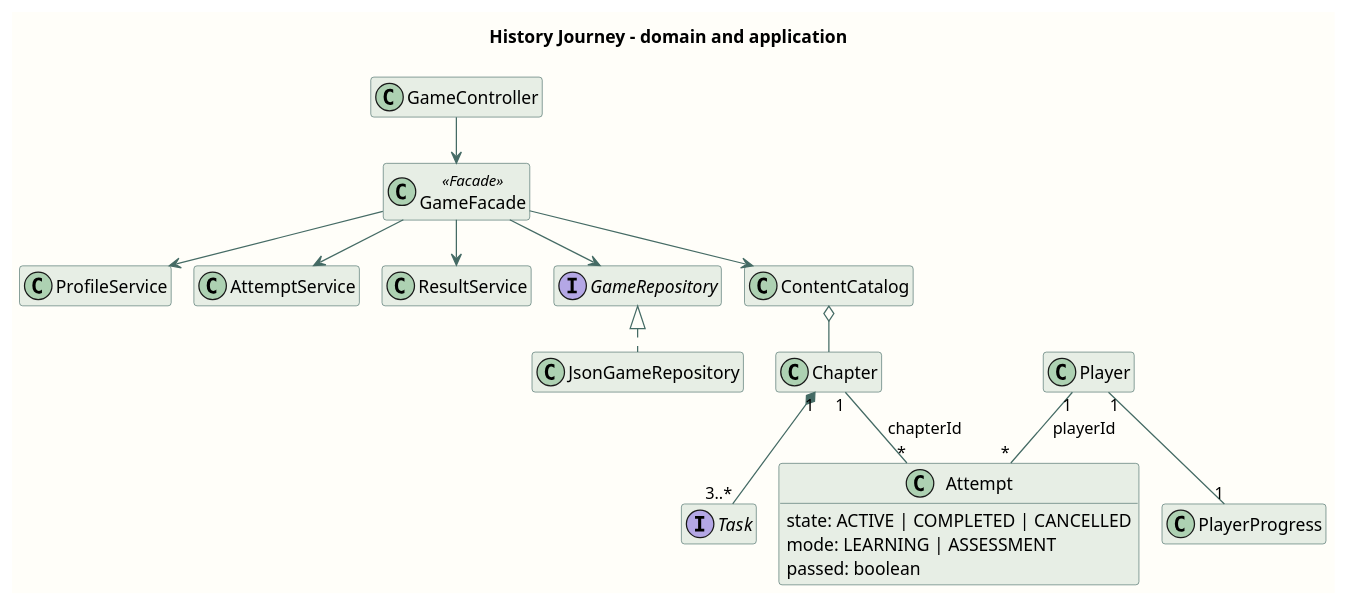
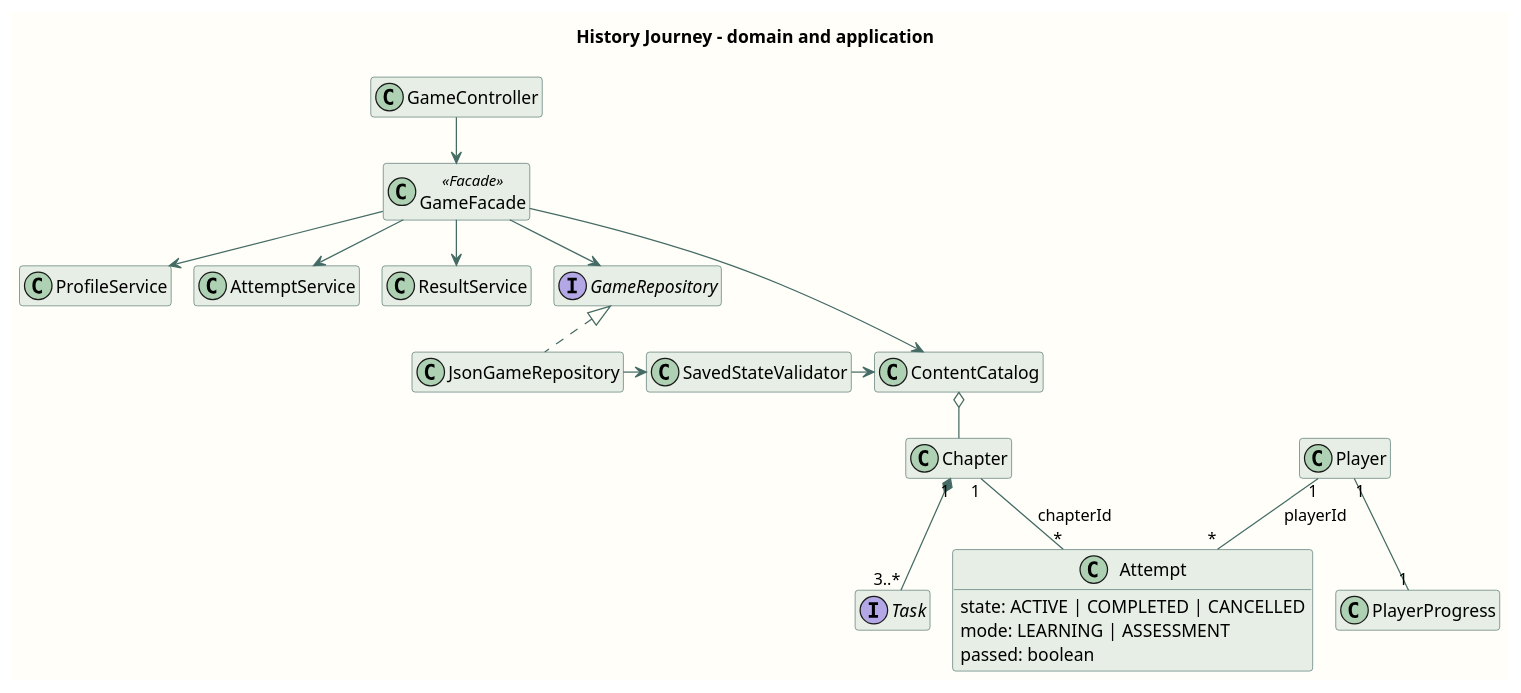
One commit to JustMel1508/finalprojectspd changed the diagram in docs/uml/architecture.puml. Above: the diagram before and after it, drawn with PlantUML. The commit also changed 38 other files, not shown here.

```diff
--- a/docs/uml/architecture.puml
+++ b/docs/uml/architecture.puml
@@ -1,39 +1,42 @@
 @startuml
 !pragma layout smetana
 skinparam backgroundColor #FFFEF9
 skinparam classBackgroundColor #E7EEE5
 skinparam classBorderColor #456B65
 skinparam ArrowColor #456B65
 skinparam defaultFontName Arial
 hide empty members
 title History Journey - domain and application
 class GameController
 class GameFacade <<Facade>>
 class ProfileService
 class AttemptService
 class ResultService
 interface GameRepository
 class JsonGameRepository
+class SavedStateValidator
 class ContentCatalog
 class Player
 class PlayerProgress
 class Attempt {
   state: ACTIVE | COMPLETED | CANCELLED
   mode: LEARNING | ASSESSMENT
   passed: boolean
 }
 class Chapter
 interface Task
 GameController --> GameFacade
 GameFacade --> ProfileService
 GameFacade --> AttemptService
 GameFacade --> ResultService
 GameFacade --> GameRepository
 GameFacade --> ContentCatalog
 GameRepository <|.. JsonGameRepository
+JsonGameRepository -right-> SavedStateValidator
+SavedStateValidator -right-> ContentCatalog
 Player "1" -- "*" Attempt : playerId
 Player "1" -- "1" PlayerProgress
 Chapter "1" -- "*" Attempt : chapterId
 Chapter "1" *-- "3..*" Task
 ContentCatalog o-- Chapter
 @enduml
```
